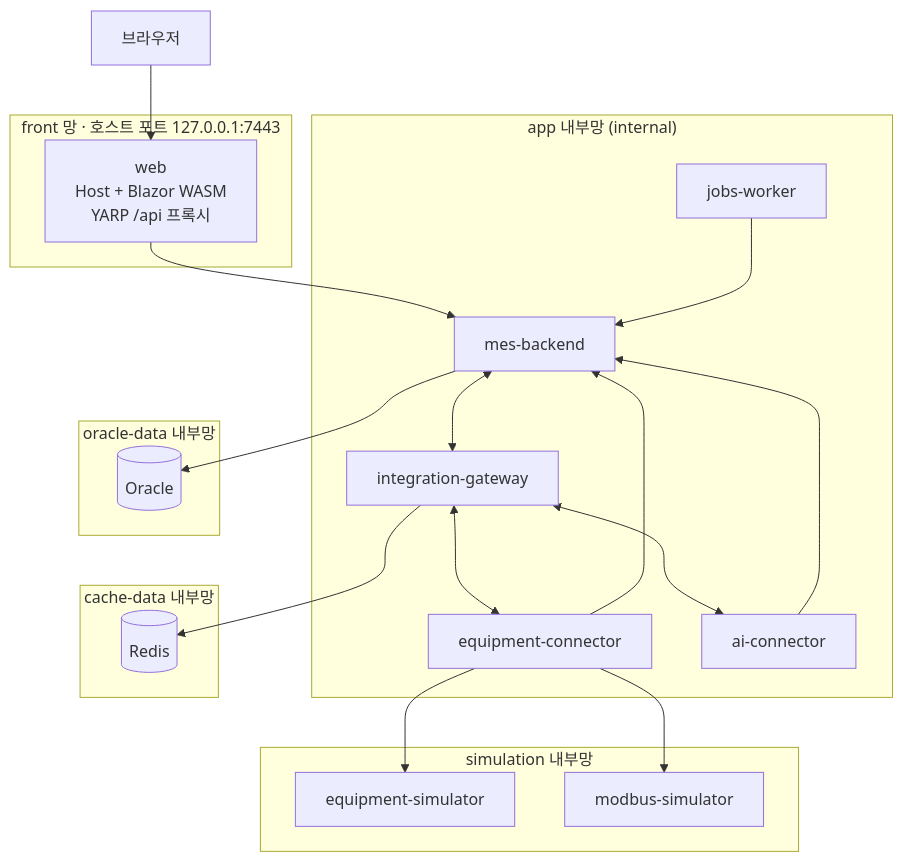
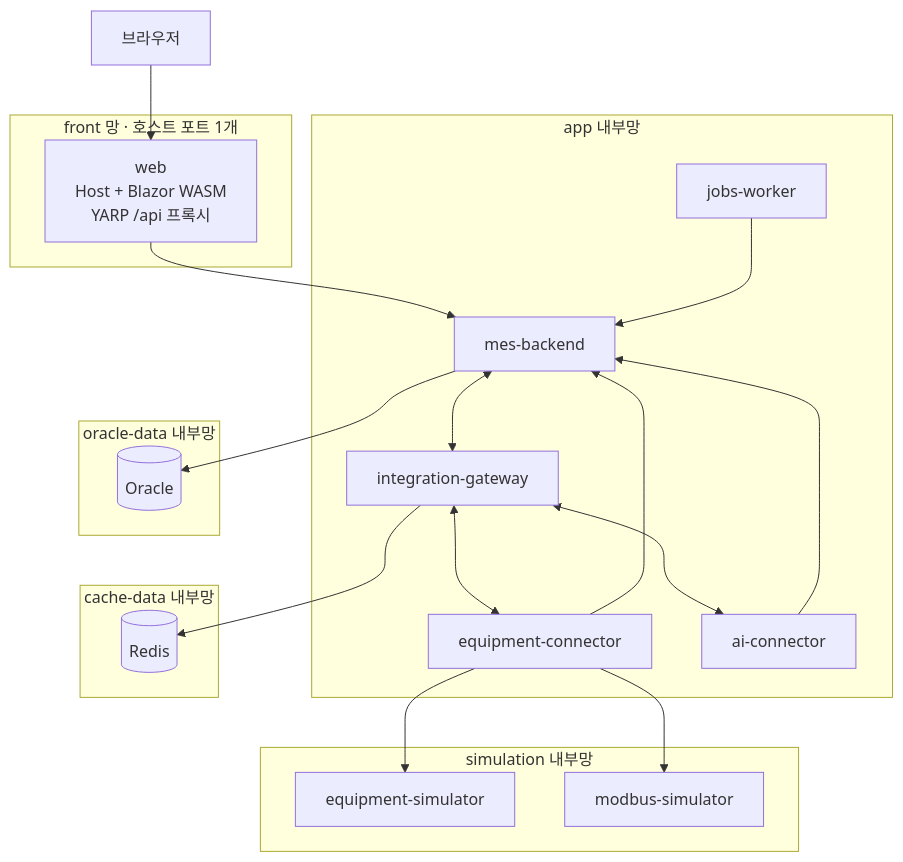
One commit to nkpFactoryMES/doc changed the first of 4 diagrams in architecture.md. Above: the diagram before and after it, drawn with Mermaid. The commit also changed other lines of this file and 13 other files, not shown here.

````diff
--- a/architecture.md
+++ b/architecture.md
@@ -9,42 +27,42 @@
 ```mermaid
 flowchart TB
     browser["브라우저"]
 
-    subgraph front["front 망 · 호스트 포트 127.0.0.1:7443"]
+    subgraph front["front 망 · 호스트 포트 1개"]
         web["web<br/>Host + Blazor WASM<br/>YARP /api 프록시"]
     end
 
-    subgraph app["app 내부망 (internal)"]
+    subgraph app["app 내부망"]
         backend["mes-backend"]
         gateway["integration-gateway"]
         eqc["equipment-connector"]
         aic["ai-connector"]
         jobs["jobs-worker"]
     end
 
     subgraph oracleNet["oracle-data 내부망"]
         oracle[("Oracle")]
     end
 
     subgraph cacheNet["cache-data 내부망"]
         redis[("Redis")]
     end
 
     subgraph simNet["simulation 내부망"]
         httpsim["equipment-simulator"]
         modsim["modbus-simulator"]
     end
 
     browser --> web
     web --> backend
     backend --> oracle
     gateway --> redis
     eqc --> httpsim
     eqc --> modsim
     backend <--> gateway
     gateway <--> eqc
     gateway <--> aic
     eqc --> backend
     aic --> backend
     jobs --> backend
 ```
````
